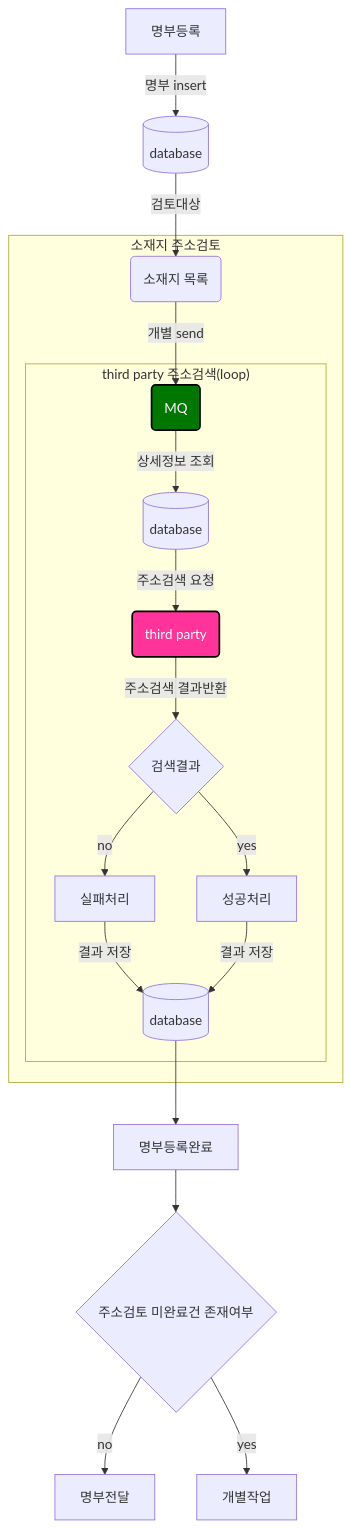
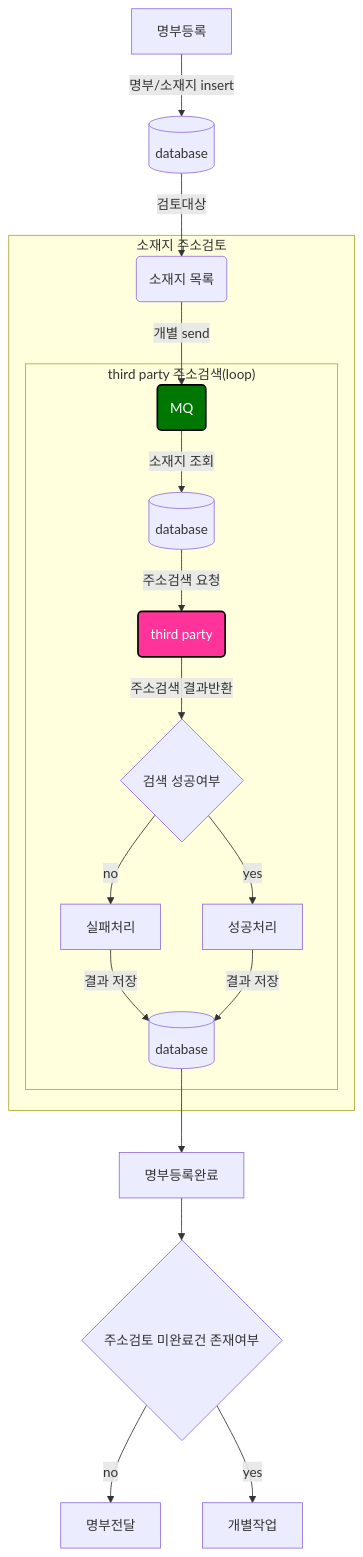
One commit to next-step/career-architecture changed the second of 2 diagrams in asis/ARCHITECTURE-submit.md. Above: the diagram before and after it, drawn with Mermaid. The commit also changed other lines of this file and 1 other file, not shown here.

Commit message:
feat: tobe 개선포인트 작성
- 초안 작성

````diff
--- a/asis/ARCHITECTURE-submit.md
+++ b/asis/ARCHITECTURE-submit.md
@@ -59,27 +51,26 @@
 ```mermaid
 flowchart TD
 %% Colors %%
-classDef red fill:#FF3399,stroke:#000,stroke-width:2px,color:#fff
-classDef green fill:#007700,stroke:#000,stroke-width:2px,color:#fff
-classDef sky fill:#0000CD,stroke:#000,stroke-width:2px,color:#fff
+    classDef red fill:#FF3399,stroke:#000,stroke-width:2px,color:#fff
+    classDef green fill:#007700,stroke:#000,stroke-width:2px,color:#fff
+    classDef sky fill:#0000CD,stroke:#000,stroke-width:2px,color:#fff
 
     Address(소재지 목록)
 
-    명부등록-->|명부 insert|register[(database)]-->|검토대상|Address
+    명부등록-->|명부/소재지 insert|register[(database)]-->|검토대상|Address
     subgraph 소재지 주소검토
         Address --> |개별 send|MQ
         subgraph "third party 주소검색(loop)"
-            MQ-->|상세정보 조회|locAddress[(database)]-->|주소검색 요청|thirdParty-->|주소검색 결과반환|Response{검색결과}
+            MQ-->|소재지 조회|locAddress[(database)]-->|주소검색 요청|thirdParty-->|주소검색 결과반환|Response{검색 성공여부}
             Response-->|yes|성공처리
             Response-->|no|실패처리-->|결과 저장|locDetailAddress[(database)]
             성공처리-->|결과 저장|locDetailAddress[(database)]
         end
     end
     locDetailAddress-->명부등록완료-->주소검토결과{주소검토 미완료건 존재여부}
     주소검토결과-->|no|명부전달
     주소검토결과-->|yes|개별작업
-    
+
     thirdParty(third party):::red
     MQ(MQ):::green
-
 ``` 
````
